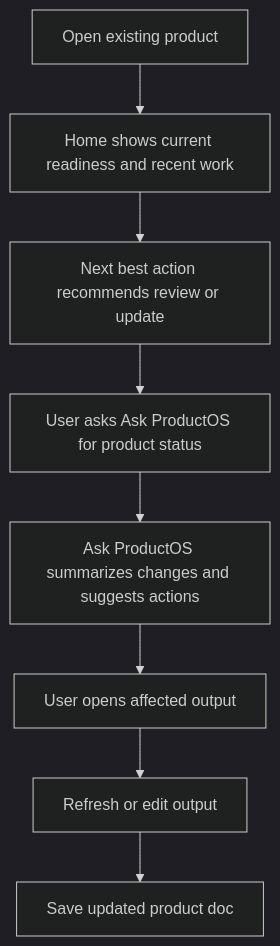
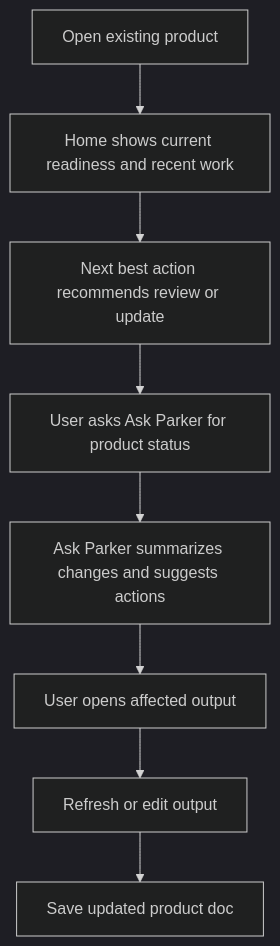
The second of 5 diagrams in docs/features/ux/productos-simplified-user-journeys.md (AIResearchFactory/productOS), drawn with Mermaid (dark theme) before and after one commit. The commit also changed other lines of this file and 7 other files, not shown here.

Commit message:
refactor: rebrand ProductOS AI assistant to Parker and update design documentation accordingly

````diff
--- a/docs/features/ux/productos-simplified-user-journeys.md
+++ b/docs/features/ux/productos-simplified-user-journeys.md
@@ -73,10 +73,10 @@
 ```mermaid
 flowchart TD
   A[Open existing product] --> B[Home shows current readiness and recent work]
   B --> C[Next best action recommends review or update]
-  C --> D[User asks Ask ProductOS for product status]
-  D --> E[Ask ProductOS summarizes changes and suggests actions]
+  C --> D[User asks Ask Parker for product status]
+  D --> E[Ask Parker summarizes changes and suggests actions]
   E --> F[User opens affected output]
   F --> G[Refresh or edit output]
   G --> H[Save updated product doc]
 ```
````
